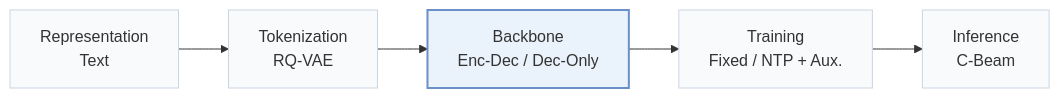
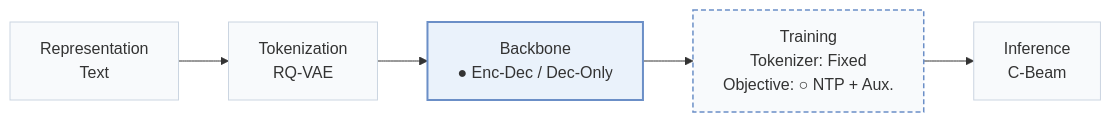
Before and after one commit to Galaxy-ghost/Awesome-SID-Generative-Rec: the first of 2 diagrams in pages/papers/stamp.md, drawn with Mermaid. The commit also changed other lines of this file and 558 other files, not shown here.

````diff
--- a/pages/papers/stamp.md
+++ b/pages/papers/stamp.md
@@ -15,8 +18,10 @@
 ```mermaid
 flowchart LR
-    R["Representation<br/>Text"] --> T["Tokenization<br/>RQ-VAE"] --> B["Backbone<br/>Enc-Dec / Dec-Only"] --> TR["Training<br/>Fixed / NTP + Aux."] --> I["Inference<br/>C-Beam"]
+    R["Representation<br/>Text"] --> T["Tokenization<br/>RQ-VAE"] --> B["Backbone<br/>● Enc-Dec / Dec-Only"] --> TR["Training<br/>Tokenizer: Fixed<br/>Objective: ○ NTP + Aux."] --> I["Inference<br/>C-Beam"]
     classDef base fill:#f8fafc,stroke:#cbd5e1
     class R,T,B,TR,I base
+    classDef other fill:#f8fafc,stroke:#6b8fc7,stroke-width:1.5px,stroke-dasharray:5 3
+    class TR other
     classDef main fill:#eaf2fb,stroke:#6b8fc7,stroke-width:2px
     class B main
 ```
````
